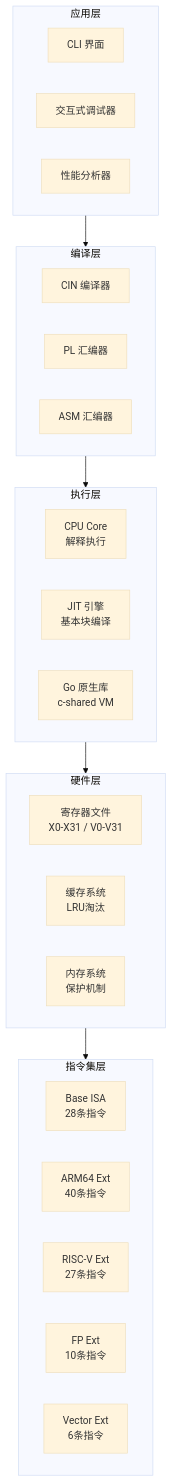
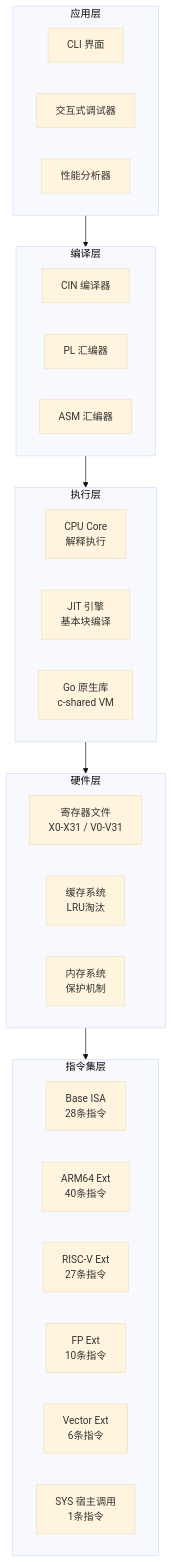
The third of 19 diagrams in README.md (ByUsiStudio/Code-CIN), drawn with Mermaid (base theme) before and after one commit. The commit also changed other lines of this file and 18 other files, not shown here.

````diff
--- a/README.md
+++ b/README.md
@@ -110,36 +111,37 @@
 ```mermaid
 flowchart TB
     subgraph APP[应用层]
         CLI[CLI 界面]
         DBG[交互式调试器]
         PRF[性能分析器]
     end
     
     subgraph COMP[编译层]
         CIN[CIN 编译器]
         PL[PL 汇编器]
         ASM[ASM 汇编器]
     end
     
     subgraph EXEC[执行层]
         CORE[CPU Core<br/>解释执行]
         JIT[JIT 引擎<br/>基本块编译]
         NATIVE[Go 原生库<br/>c-shared VM]
     end
 
     subgraph HW[硬件层]
         REG[寄存器文件<br/>X0-X31 / V0-V31]
         CACHE[缓存系统<br/>LRU淘汰]
         MEM[内存系统<br/>保护机制]
     end
     
     subgraph ISA[指令集层]
         BASE[Base ISA<br/>28条指令]
         ARM64[ARM64 Ext<br/>40条指令]
         RISCV[RISC-V Ext<br/>27条指令]
         FP[FP Ext<br/>10条指令]
         VEC[Vector Ext<br/>6条指令]
+        SYS[SYS 宿主调用<br/>1条指令]
     end
     
     APP --> COMP --> EXEC --> HW --> ISA
 ```
````
